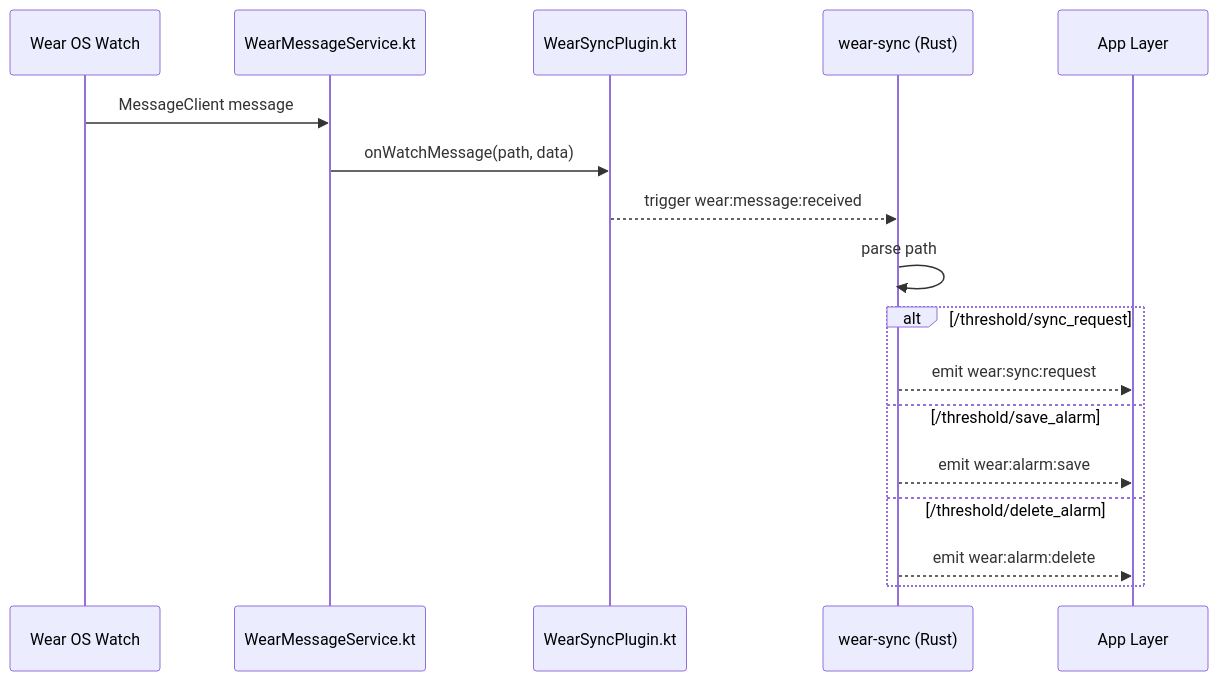
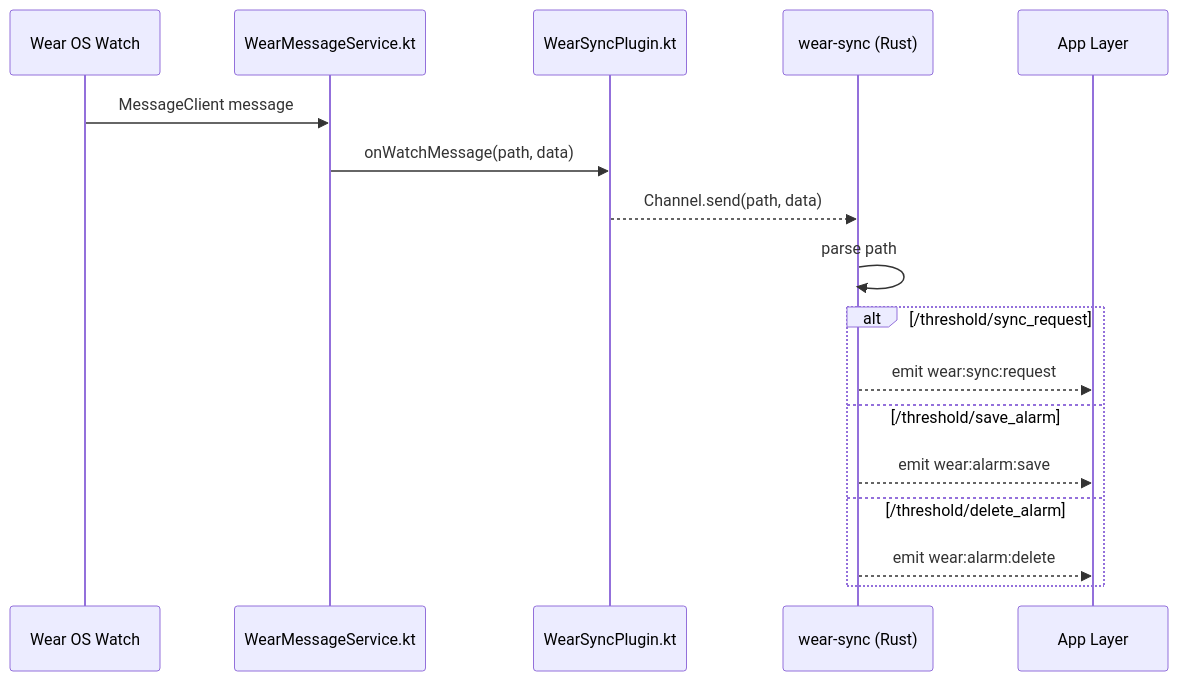
The third of 3 diagrams in plugins/wear-sync/README.md (liminal-hq/threshold), drawn with Mermaid before and after one commit. The commit also changed other lines of this file and 3 other files, not shown here.

First line of the commit message:
docs: synchronise wear-sync docs with queue readiness flow

````diff
--- a/plugins/wear-sync/README.md
+++ b/plugins/wear-sync/README.md
@@ -88,20 +88,20 @@
 ```mermaid
 sequenceDiagram
     participant Watch as Wear OS Watch
     participant WMS as WearMessageService.kt
     participant KT as WearSyncPlugin.kt
     participant WS as wear-sync (Rust)
     participant App as App Layer
 
     Watch->>WMS: MessageClient message
     WMS->>KT: onWatchMessage(path, data)
-    KT-->>WS: trigger wear:message:received
+    KT-->>WS: Channel.send(path, data)
     WS->>WS: parse path
     alt /threshold/sync_request
         WS-->>App: emit wear:sync:request
     else /threshold/save_alarm
         WS-->>App: emit wear:alarm:save
     else /threshold/delete_alarm
         WS-->>App: emit wear:alarm:delete
     end
 ```
````
